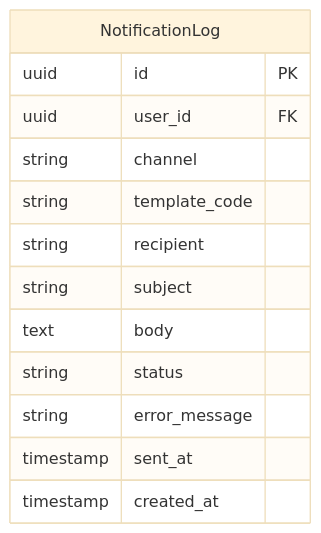
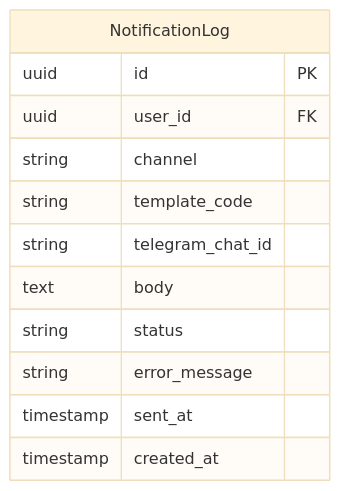
One commit to egorov-ma/aqstream changed diagram 20 of 23 in docs/data/domain-model.md. Above: the diagram before and after it, drawn with Mermaid (base theme). The commit also changed other lines of this file and 47 other files, not shown here.

````diff
--- a/docs/data/domain-model.md
+++ b/docs/data/domain-model.md
@@ -531,16 +724,15 @@
 ```mermaid
 erDiagram
     NotificationLog {
         uuid id PK
         uuid user_id FK
         string channel
         string template_code
-        string recipient
-        string subject
+        string telegram_chat_id
         text body
         string status
         string error_message
         timestamp sent_at
         timestamp created_at
     }
 ```
````
